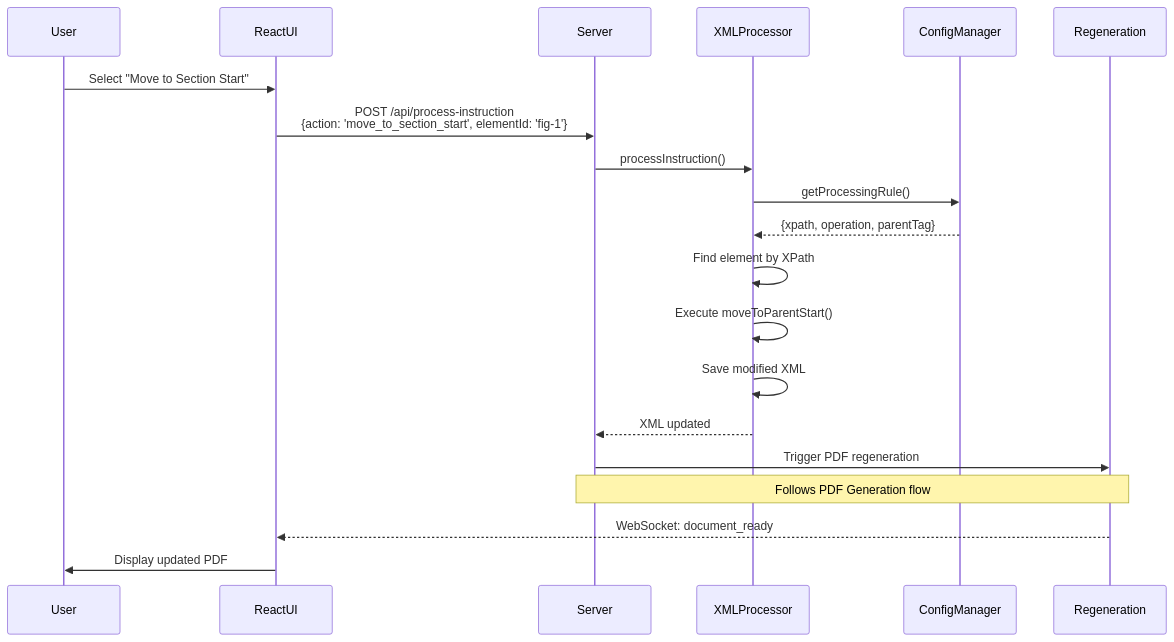
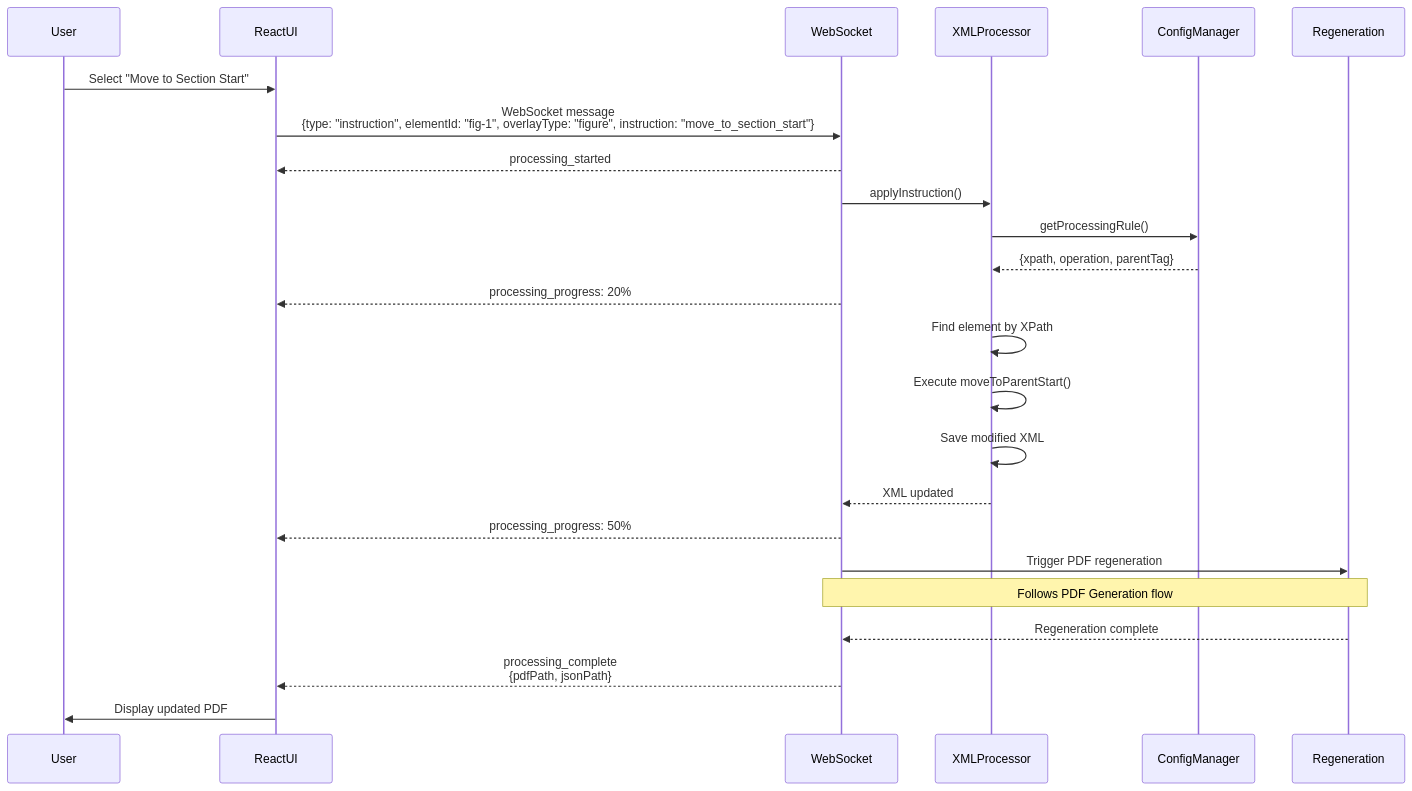
The third of 12 diagrams in dev-docs/ARCHITECTURE.md (AmChella/prototype-pdf-object-overlay), drawn with Mermaid before and after one commit. The commit also changed other lines of this file and 9 other files, not shown here.

````diff
--- a/dev-docs/ARCHITECTURE.md
+++ b/dev-docs/ARCHITECTURE.md
@@ -183,28 +198,33 @@
 ```mermaid
 sequenceDiagram
     participant User
     participant ReactUI
-    participant Server
+    participant WS as WebSocket
     participant XMLProcessor
     participant ConfigManager
     participant Regeneration
     
     User->>ReactUI: Select "Move to Section Start"
-    ReactUI->>Server: POST /api/process-instruction<br/>{action: 'move_to_section_start', elementId: 'fig-1'}
-    Server->>XMLProcessor: processInstruction()
+    ReactUI->>WS: WebSocket message<br/>{type: "instruction", elementId: "fig-1", overlayType: "figure", instruction: "move_to_section_start"}
+    
+    WS-->>ReactUI: processing_started
+    WS->>XMLProcessor: applyInstruction()
     
     XMLProcessor->>ConfigManager: getProcessingRule()
     ConfigManager-->>XMLProcessor: {xpath, operation, parentTag}
     
+    WS-->>ReactUI: processing_progress: 20%
     XMLProcessor->>XMLProcessor: Find element by XPath
     XMLProcessor->>XMLProcessor: Execute moveToParentStart()
     XMLProcessor->>XMLProcessor: Save modified XML
     
-    XMLProcessor-->>Server: XML updated
-    Server->>Regeneration: Trigger PDF regeneration
+    XMLProcessor-->>WS: XML updated
+    WS-->>ReactUI: processing_progress: 50%
+    WS->>Regeneration: Trigger PDF regeneration
     
-    Note over Server,Regeneration: Follows PDF Generation flow
+    Note over WS,Regeneration: Follows PDF Generation flow
     
-    Regeneration-->>ReactUI: WebSocket: document_ready
+    Regeneration-->>WS: Regeneration complete
+    WS-->>ReactUI: processing_complete<br/>{pdfPath, jsonPath}
     ReactUI->>User: Display updated PDF
 ```
````
